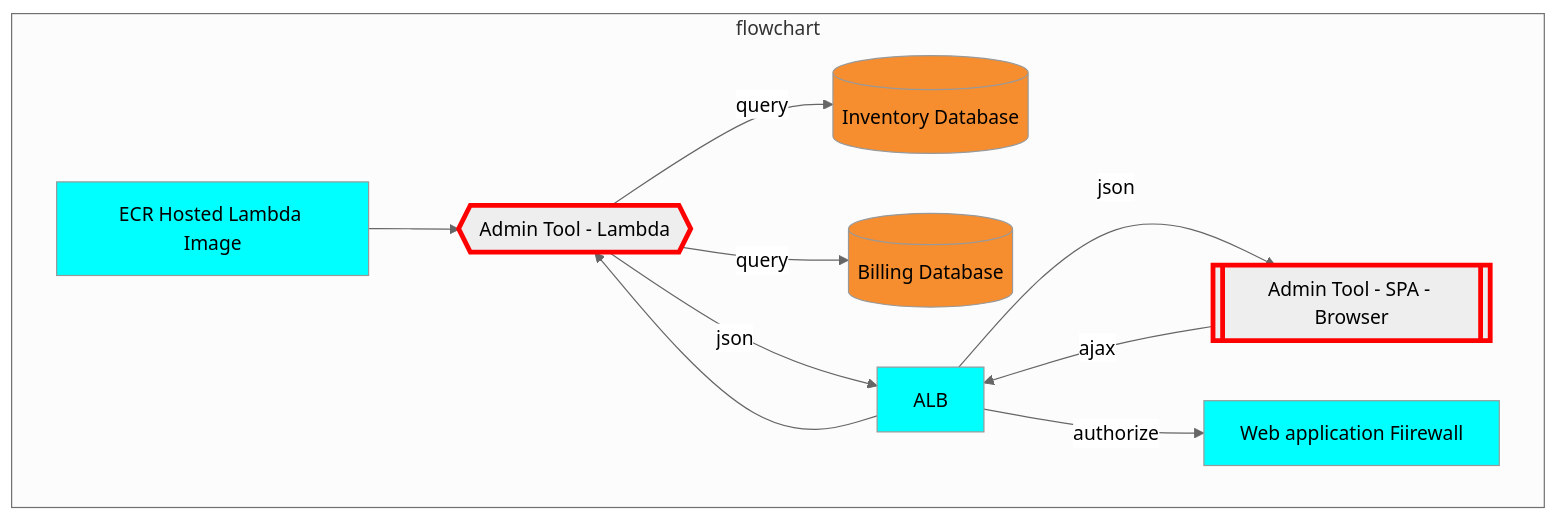
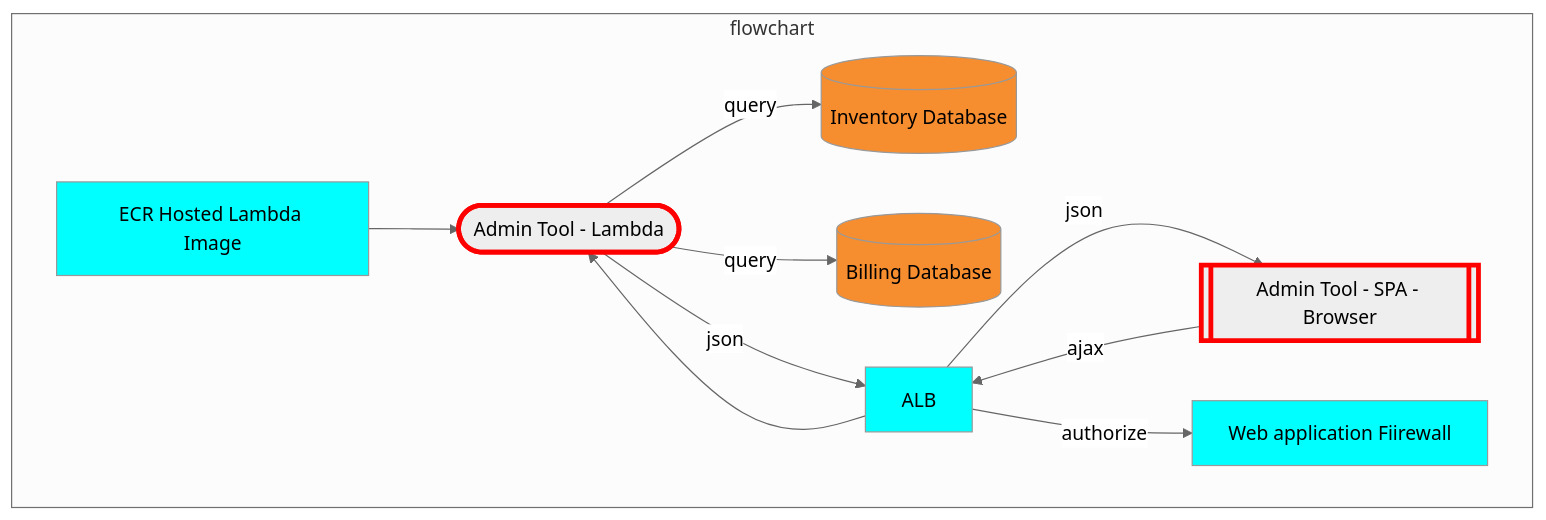
Before and after one commit to CDLUC3/mrt-doc: the diagram in diagrams/admin-lambda.mmd, drawn with Mermaid. The commit also changed 6 other files, not shown here.

```diff
--- a/diagrams/admin-lambda.mmd
+++ b/diagrams/admin-lambda.mmd
@@ -1,29 +1,29 @@
 %%{init: {'theme': 'neutral', 'securityLevel': 'loose'}}%%
 graph TD
   RDSINV[(Inventory Database)]
   RDSBILL[(Billing Database)]
-  ADMIN{{Admin Tool - Lambda}}
+  ADMIN([Admin Tool - Lambda])
   click ADMIN href "https://github.com/CDLUC3/mrt-admin-lambda" "source code"
   ADMINWEB[[Admin Tool - SPA - Browser]]
   click ADMINWEB href "https://github.com/CDLUC3/mrt-admin-lambda" "source code"
   WAF[Web application Fiirewall]
   ECR[ECR Hosted Lambda Image]
 
   subgraph flowchart
     ADMIN --> |query| RDSBILL
     ADMIN --> |query| RDSINV
     ALB --> ADMIN
     ADMIN --> |json| ALB
     ADMINWEB --> |ajax| ALB
     ALB --> |json| ADMINWEB
     ALB --> |authorize| WAF
     ECR --> ADMIN
   end
 
   style RDSINV fill:#F68D2F
   style RDSBILL fill:#F68D2F
   style ADMIN stroke:red,stroke-width:4px
   style ADMINWEB stroke:red,stroke-width:4px
   style ALB fill:cyan
   style WAF fill:cyan
   style ECR fill:cyan
```
